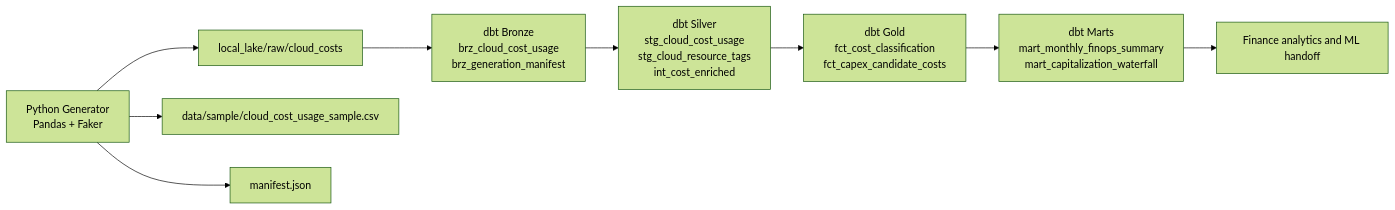
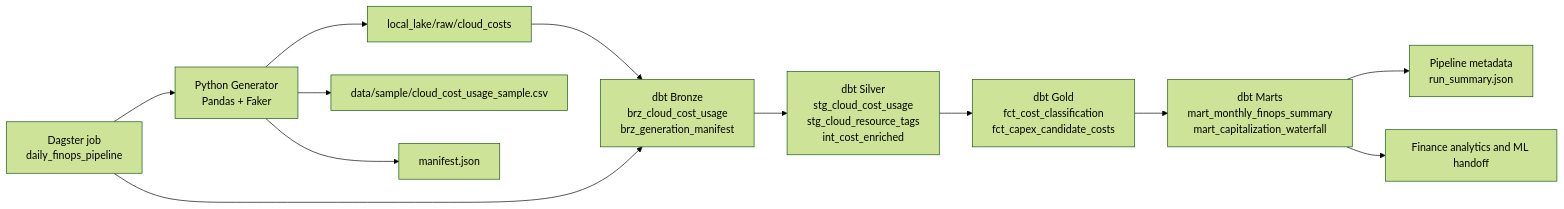
One commit to brunoramosmartins/finops-cost-capitalization-pipeline changed the first of 2 diagrams in README.md. Above: the diagram before and after it, drawn with Mermaid (forest theme). The commit also changed other lines of this file and 38 other files, not shown here.

````diff
--- a/README.md
+++ b/README.md
@@ -45,11 +50,14 @@
 ```mermaid
 flowchart LR
     A[Python Generator<br/>Pandas + Faker] --> B[local_lake/raw/cloud_costs]
     A --> C[data/sample/cloud_cost_usage_sample.csv]
     A --> D[manifest.json]
     B --> E[dbt Bronze<br/>brz_cloud_cost_usage<br/>brz_generation_manifest]
     E --> F[dbt Silver<br/>stg_cloud_cost_usage<br/>stg_cloud_resource_tags<br/>int_cost_enriched]
     F --> G[dbt Gold<br/>fct_cost_classification<br/>fct_capex_candidate_costs]
     G --> H[dbt Marts<br/>mart_monthly_finops_summary<br/>mart_capitalization_waterfall]
-    H --> I[Finance analytics and ML handoff]
+    H --> I[Pipeline metadata<br/>run_summary.json]
+    H --> J[Finance analytics and ML handoff]
+    K[Dagster job<br/>daily_finops_pipeline] --> A
+    K --> E
 ```
````
